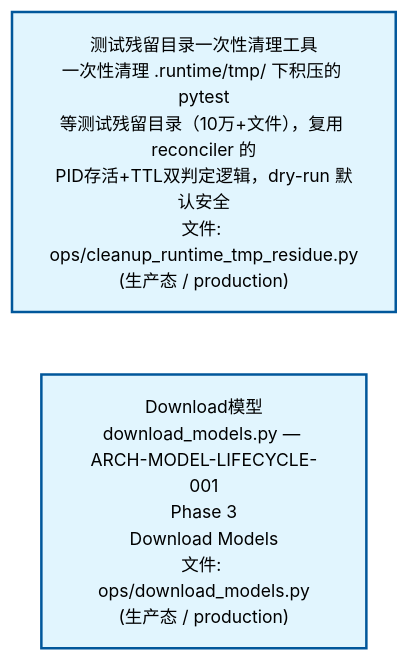
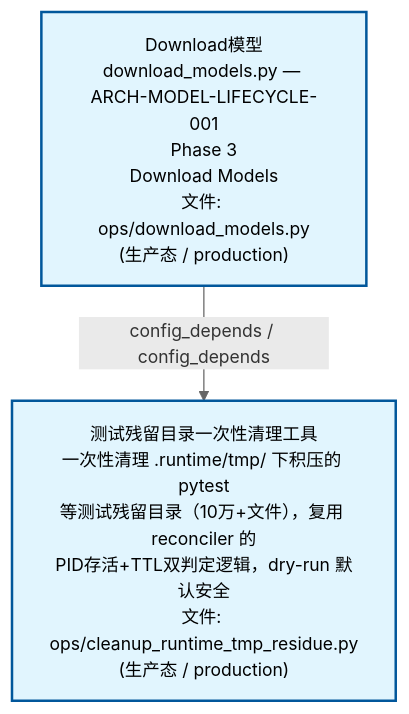
The second of 3 diagrams in docs/02_enterprise_architecture/02_domain_architecture_docs/04_d_infra_ops.md (xuanFelixVan/ZephyrAlpha), drawn with Mermaid before and after one commit. The commit also changed other lines of this file and 78 other files, not shown here.

````diff
--- a/docs/02_enterprise_architecture/02_domain_architecture_docs/04_d_infra_ops.md
+++ b/docs/02_enterprise_architecture/02_domain_architecture_docs/04_d_infra_ops.md
@@ -73,12 +73,12 @@
 ```mermaid
 %%{init: {'theme': 'base', 'themeVariables': {'primaryColor': '#eaeaea', 'primaryTextColor': '#333333', 'primaryBorderColor': '#666666', 'lineColor': '#666666', 'secondaryColor': '#eaeaea', 'tertiaryColor': '#eaeaea', 'fontSize': '14px'}}}%%
 flowchart TD
+    scripts_ops_download_models_py["Download模型<br/>download_models.py — ARCH-MODEL-LIFECYCLE-001<br/>Phase 3<br/>Download Models<br/>文件: ops/download_models.py<br/>(生产态 / production)"]
     scripts_ops_cleanup_runtime_tmp_residue_py["测试残留目录一次性清理工具<br/>一次性清理 .runtime/tmp/ 下积压的 pytest<br/>等测试残留目录（10万+文件），复用 reconciler 的<br/>PID存活+TTL双判定逻辑，dry-run 默认安全<br/>文件: ops/cleanup_runtime_tmp_residue.py<br/>(生产态 / production)"]
-    scripts_ops_download_models_py["Download模型<br/>download_models.py — ARCH-MODEL-LIFECYCLE-001<br/>Phase 3<br/>Download Models<br/>文件: ops/download_models.py<br/>(生产态 / production)"]
-    scripts_ops_cleanup_runtime_tmp_residue_py ~~~ scripts_ops_download_models_py
+    scripts_ops_download_models_py -->|config_depends / config_depends| scripts_ops_cleanup_runtime_tmp_residue_py
     classDef production fill:#e1f5fe,stroke:#01579b,stroke-width:2px,color:#000
     classDef design fill:#fff3e0,stroke:#e65100,stroke-width:2px,color:#000,stroke-dasharray: 5 5
     classDef external_prod fill:#e8f4fd,stroke:#0277bd,stroke-width:1px,color:#000
     classDef external_design fill:#fff8e7,stroke:#ef6c00,stroke-width:1px,color:#000,stroke-dasharray: 5 5
     class scripts_ops_cleanup_runtime_tmp_residue_py,scripts_ops_download_models_py production
 ```
````
